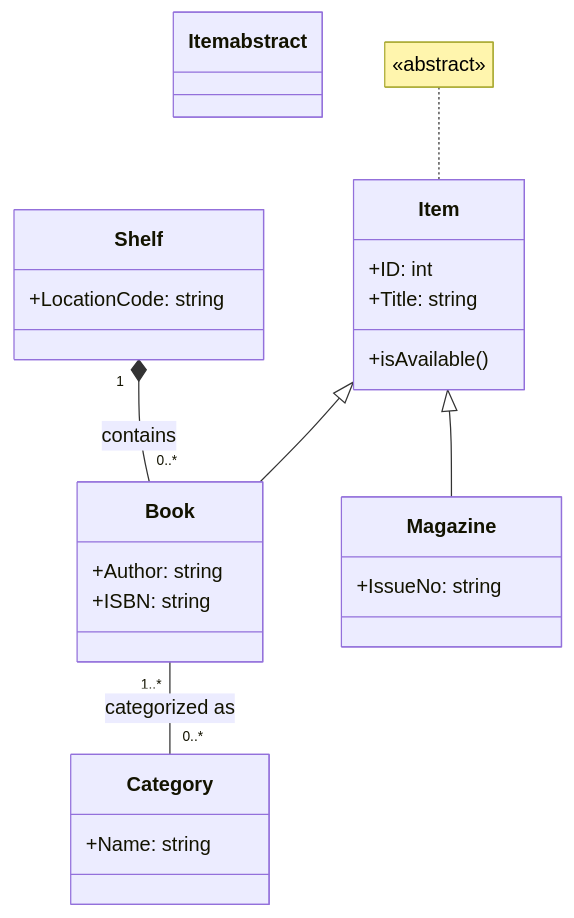
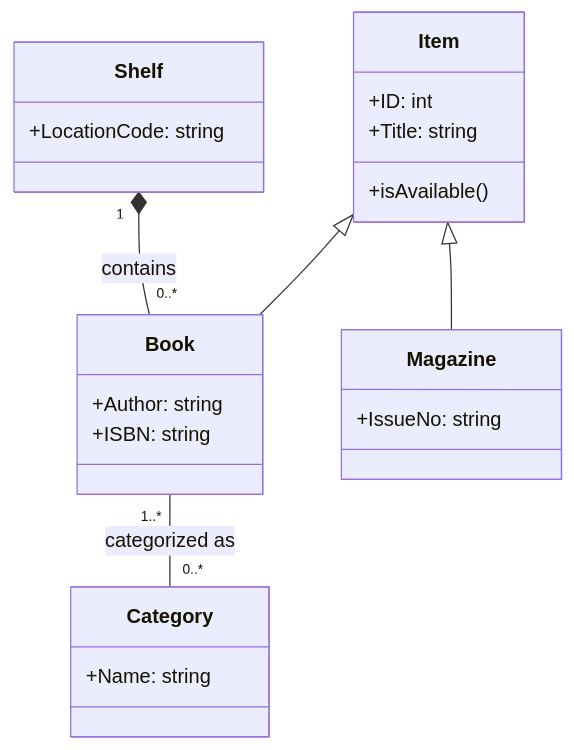
One commit to vince115/bank-exams changed the diagram in docs/bot-bank/114-2QA.md. Above: the diagram before and after it, drawn with Mermaid. The commit also changed 1 other file, not shown here.

Commit message:
fix: robust Mermaid init for GitHub Pages + sanitized classDiagram

````diff
--- a/docs/bot-bank/114-2QA.md
+++ b/docs/bot-bank/114-2QA.md
@@ -229,36 +229,30 @@
 ```mermaid
 classDiagram
 class Item {
   +ID: int
   +Title: string
   +isAvailable()
 }
-%% 用註記標示抽象
-note for Item "«abstract»"
 
 class Book {
   +Author: string
   +ISBN: string
 }
 
 class Magazine {
   +IssueNo: string
 }
 
 class Category {
   +Name: string
 }
 
 class Shelf {
   +LocationCode: string
 }
 
 Item <|-- Book
 Item <|-- Magazine
 Book "1..*" -- "0..*" Category : categorized as
 Shelf "1" *-- "0..*" Book : contains
-
-%%（可選）把抽象類別加個樣式，辨識更清楚
-classDef abstract fill:#222,stroke:#888,color:#fff
-class Item abstract
 ```
````
